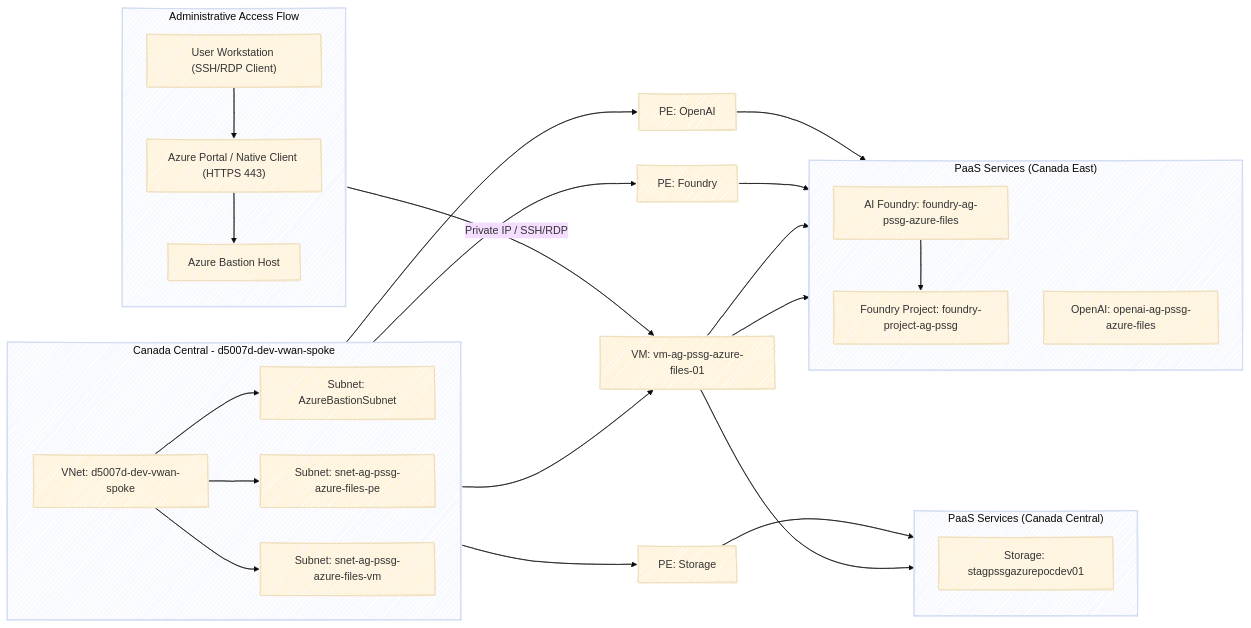
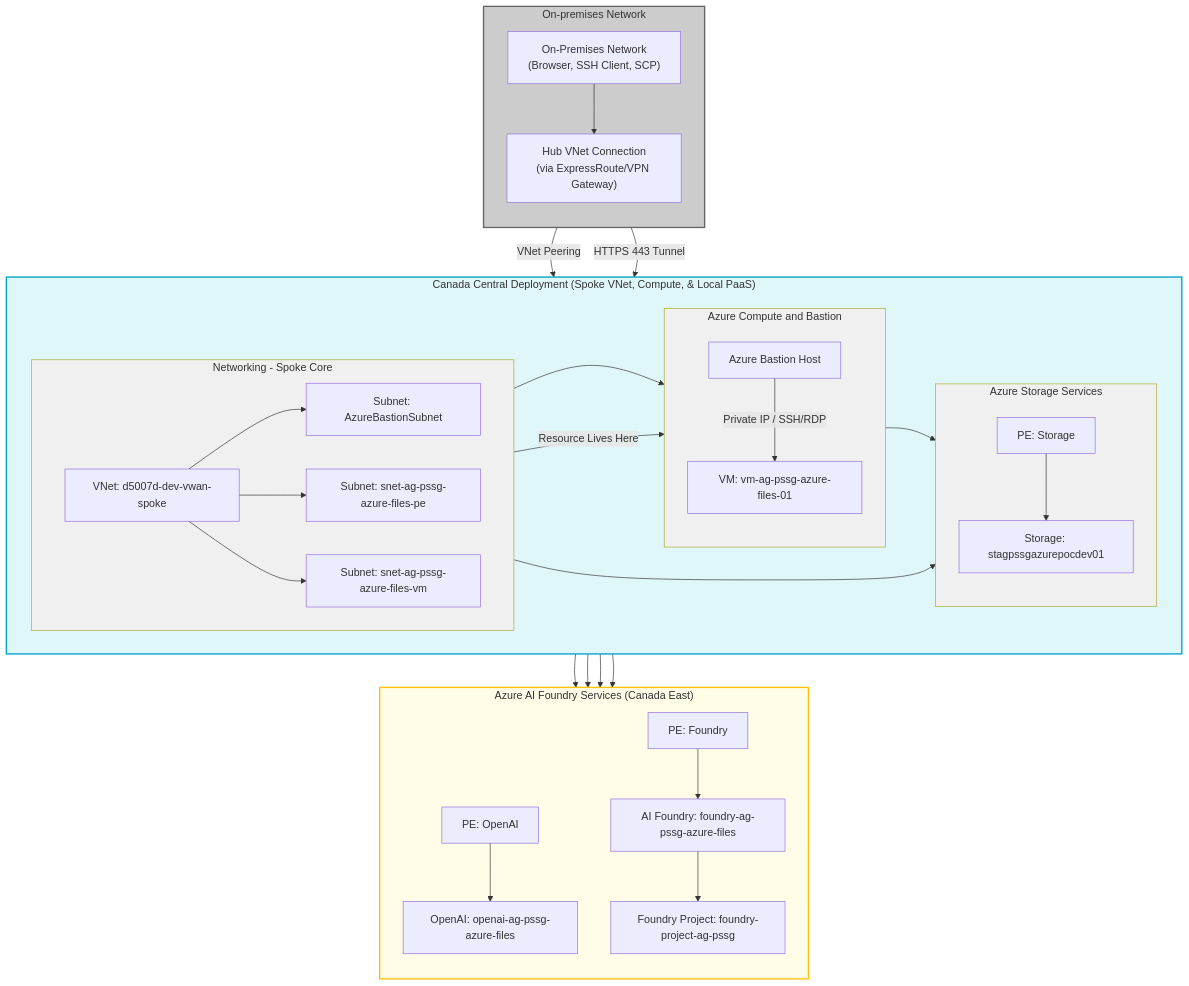
The diagram in README.md (bcgov/AzureFilesPoC), drawn with Mermaid before and after one commit.

Commit message:
updated mermaid in readme.md

````diff
--- a/README.md
+++ b/README.md
@@ -149,44 +149,75 @@
 ```mermaid
----
-config:
-  flowchart:
-    htmlLabels: true
-  theme: base
-  look: handDrawn
----
-flowchart LR
- subgraph s1["Canada Central - d5007d-dev-vwan-spoke"]
+%%{init: { "flowchart": { "htmlLabels": true } } }%%
+flowchart TD
+
+  subgraph subGraph_OnPremNetwork["On-premises Network"]
+    direction TB
+    OnPrem["On-Premises Network<br>(Browser, SSH Client, SCP)"]
+    HubAccess["Hub VNet Connection<br>(via ExpressRoute/VPN Gateway)"]
+    OnPrem --> HubAccess
+  end
+  
+  subgraph subGraph_CanadaCentral["Canada Central Deployment (Spoke VNet, Compute, & Local PaaS)"]
     direction LR
-        VNet["VNet: d5007d-dev-vwan-spoke"]
-        BastionSub["Subnet: AzureBastionSubnet"]
-        PESub["Subnet: snet-ag-pssg-azure-files-pe"]
-        VMsub["Subnet: snet-ag-pssg-azure-files-vm"]
+    
+    subgraph subGraph_Networking["Networking - Spoke Core"]
+      direction LR
+      VNet["VNet: d5007d-dev-vwan-spoke"]
+      VNet --> BastionSub["Subnet: AzureBastionSubnet"]
+      VNet --> PESub["Subnet: snet-ag-pssg-azure-files-pe"]
+      VNet --> VMsub["Subnet: snet-ag-pssg-azure-files-vm"]
+    end
+    
+    subgraph subGraph_Compute["Azure Compute and Bastion"]
+      direction TB
+      VM["VM: vm-ag-pssg-azure-files-01"]
+      AzureBastion_Node["Azure Bastion Host"]
+      AzureBastion_Node -- Private IP / SSH/RDP --> VM
+    end
+    
+    subgraph subGraph_Storage["Azure Storage Services"]
+      direction TB
+      PEStorage["PE: Storage"]
+      Storage["Storage: stagpssgazurepocdev01"]
+      PEStorage --> Storage
+    end
+    
+    VMsub --> VM
+    BastionSub -- Resource Lives Here --> AzureBastion_Node
+    PESub --> PEStorage
+
   end
- subgraph subGraph1["Administrative Access Flow"]
+  
+  subgraph AIFoundryCanadaEast["Azure AI Foundry Services (Canada East)"]
     direction TB
-        Workstation["User Workstation (SSH/RDP Client)"]
-        AzurePortal["Azure Portal / Native Client (HTTPS 443)"]
-        AzureBastion["Azure Bastion Host"]
+    PEFoundry["PE: Foundry"]
+    PEOpenAI["PE: OpenAI"]
+    
+    FoundryWS["AI Foundry: foundry-ag-pssg-azure-files"]
+    OpenAIEndpoint["OpenAI: openai-ag-pssg-azure-files"]
+    FoundryProj["Foundry Project: foundry-project-ag-pssg"]
+    
+    PEFoundry --> FoundryWS
+    PEOpenAI --> OpenAIEndpoint
+    FoundryWS --> FoundryProj
   end
- subgraph subGraph2["PaaS Services (Canada Central)"]
-    direction TB
-        Storage["Storage: stagpssgazurepocdev01"]
-  end
- subgraph subGraph3["PaaS Services (Canada East)"]
-    direction TB
-        FoundryWS["AI Foundry: foundry-ag-pssg-azure-files"]
-        OpenAIEndpoint["OpenAI: openai-ag-pssg-azure-files"]
-        FoundryProj["Foundry Project: foundry-project-ag-pssg"]
-  end
-    VNet --> BastionSub & PESub & VMsub
-    Workstation --> AzurePortal
-    AzurePortal --> AzureBastion
-    AzureBastion -- Private IP / SSH/RDP --> VM["VM: vm-ag-pssg-azure-files-01"]
-    PESub --> PEStorage["PE: Storage"] & PEOpenAI["PE: OpenAI"] & PEFoundry["PE: Foundry"]
-    PEStorage --> Storage
-    PEOpenAI --> OpenAIEndpoint
-    PEFoundry --> FoundryWS
-    VMsub --> VM
-    VM --> Storage & OpenAIEndpoint & FoundryWS
-    FoundryWS --> FoundryProj
+  
+  HubAccess -- VNet Peering --> VNet
+  OnPrem -->|HTTPS 443 Tunnel| AzureBastion_Node
+  PESub --> PEOpenAI
+  PESub --> PEFoundry
+  VM --> OpenAIEndpoint
+  VM --> FoundryWS
+  VM --> Storage
+
+  %% --- STYLING ---
+  style subGraph_OnPremNetwork fill:#CCCCCC,stroke:#666666,stroke-width:2px
+  style subGraph_CanadaCentral fill:#E0F7FA,stroke:#00A2C9,stroke-width:2px
+  
+  %% All nested CC services are the same neutral color as requested
+  style subGraph_Networking fill:#F0F0F0
+  style subGraph_Compute fill:#F0F0F0
+  style subGraph_Storage fill:#F0F0F0
+  
+  style AIFoundryCanadaEast fill:#FFFDE7,stroke:#FFC107,stroke-width:2px
 ```
````
